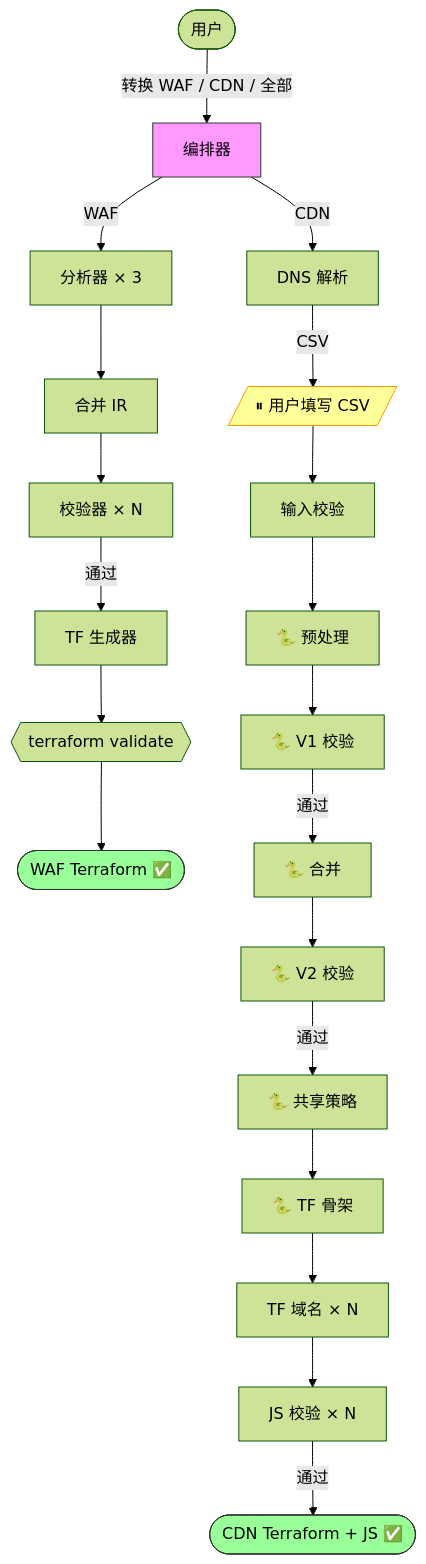
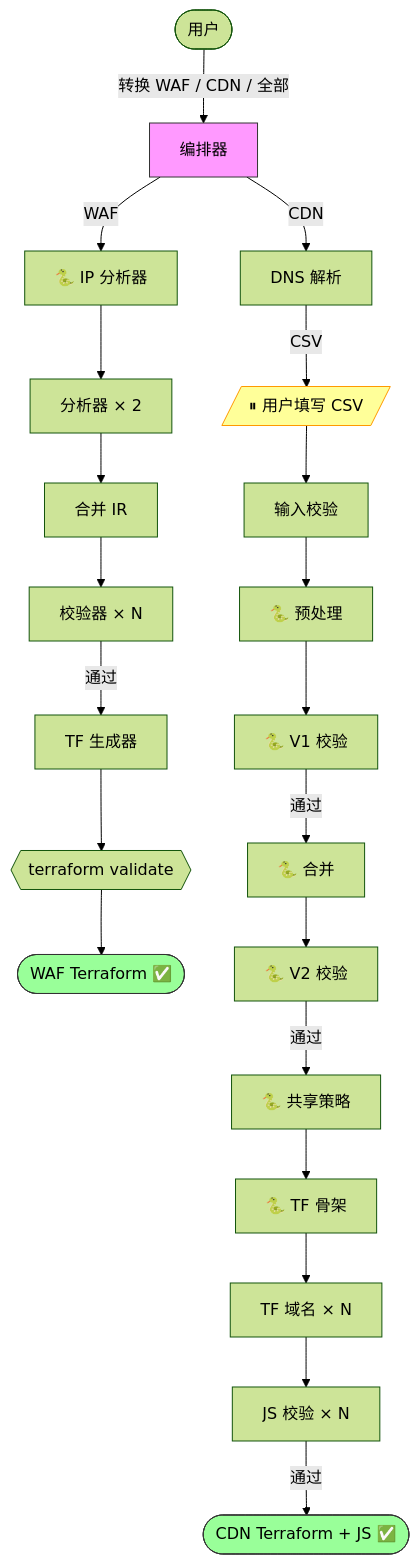
Before and after one commit to chenghit/cloudflare-aws-edge-config-converter: the diagram in README_CN.md, drawn with Mermaid (forest theme). The commit also changed other lines of this file and 3 other files, not shown here.

````diff
--- a/README_CN.md
+++ b/README_CN.md
@@ -78,23 +78,23 @@
 ```mermaid
 flowchart TD
     User([用户]) -->|"转换 WAF / CDN / 全部"| Main["编排器"]
 
-    Main -->|WAF| WAF_A["分析器 × 3"] --> WAF_M["合并 IR"] --> WAF_V["校验器 × N"] -->|通过| WAF_G["TF 生成器"] --> WAF_T{{"terraform validate"}} --> WAF_Done([WAF Terraform ✅])
+    Main -->|WAF| WAF_IP["🐍 IP 分析器"] --> WAF_A["分析器 × 2"] --> WAF_M["合并 IR"] --> WAF_V["校验器 × N"] -->|通过| WAF_G["TF 生成器"] --> WAF_T{{"terraform validate"}} --> WAF_Done([WAF Terraform ✅])
 
     Main -->|CDN| CDN1["DNS 解析"] -->|CSV| Pause[/"⏸ 用户填写 CSV"/]
     Pause --> CDN2["输入校验"]
     CDN2 --> CDN3["🐍 预处理"]
     CDN3 --> CDN4["🐍 V1 校验"]
     CDN4 -->|通过| CDN5["🐍 合并"]
     CDN5 --> CDN6["🐍 V2 校验"]
     CDN6 -->|通过| CDN7["🐍 共享策略"]
     CDN7 --> CDN75["🐍 TF 骨架"]
     CDN75 --> CDN8["TF 域名 × N"]
     CDN8 --> CDN9["JS 校验 × N"]
     CDN9 -->|通过| CDN_Done([CDN Terraform + JS ✅])
 
     style Main fill:#f9f,stroke:#333
     style Pause fill:#ff9,stroke:#f90
     style WAF_Done fill:#9f9,stroke:#333
     style CDN_Done fill:#9f9,stroke:#333
 ```
````
